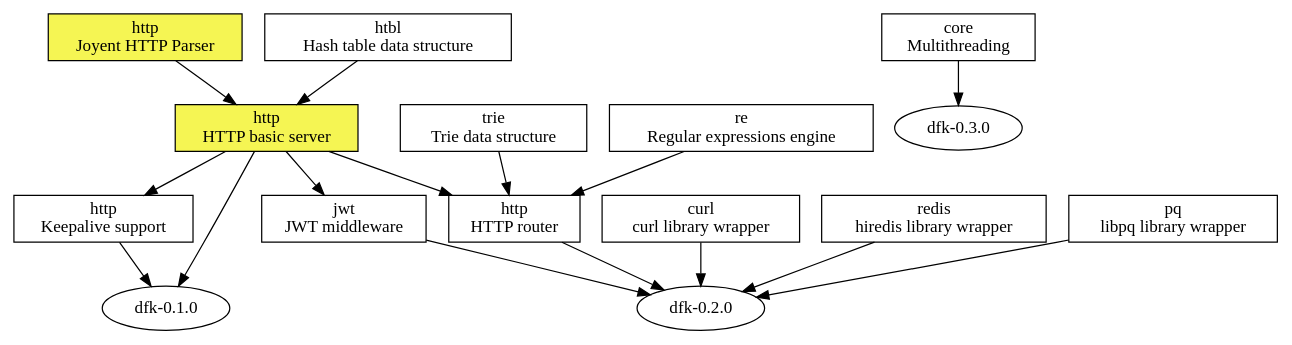
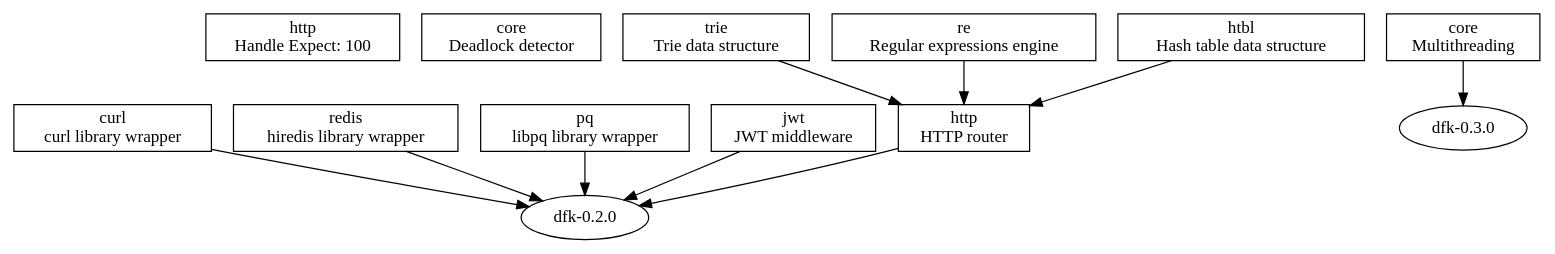
Before and after one commit to isn-/dfk: the diagram in doc/roadmap.dot, drawn with Graphviz. The commit also changed 1 other file, not shown here.

Commit message:
doc: Update roadmap

```diff
--- a/doc/roadmap.dot
+++ b/doc/roadmap.dot
@@ -1,49 +1,39 @@
 digraph "DFK Library Roadmap - Current" {
   node [shape=box];
   ratio="compress";
 
-  http_parser [label="http\nJoyent HTTP Parser" style=filled fillcolor="#F5F553"];
+  expect_100 [label="http\nHandle Expect: 100"];
 
-  http_server [label="http\nHTTP basic server" style=filled fillcolor="#F5F553"];
-    http_parser -> http_server
-    htbl -> http_server
-
-  keepalive [label="http\nKeepalive support"];
-    http_server -> keepalive;
+  deadlock [label="core\nDeadlock detector"];
 
   curl [label="curl\ncurl library wrapper"];
 
   redis [label="redis\nhiredis library wrapper"];
 
   libpq [label="pq\nlibpq library wrapper"];
 
   jwt [label="jwt\nJWT middleware"];
-    http_server -> jwt;
 
   mt [label="core\nMultithreading"];
 
   trie [label="trie\nTrie data structure"];
 
   re [label="re\nRegular expressions engine"];
 
   htbl [label="htbl\nHash table data structure"];
 
   router [label="http\nHTTP router"];
-    http_server -> router;
     trie -> router;
     re -> router;
-
-  dfk010 [label="dfk-0.1.0" shape=oval];
-    http_server -> dfk010;
-    keepalive -> dfk010;
+    htbl -> router;
 
   dfk020 [label="dfk-0.2.0" shape=oval];
     jwt -> dfk020;
     redis -> dfk020;
     curl -> dfk020;
     libpq -> dfk020;
     router -> dfk020;
 
   dfk030 [label="dfk-0.3.0" shape=oval];
     mt -> dfk030;
 }
```
